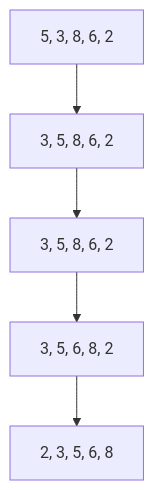
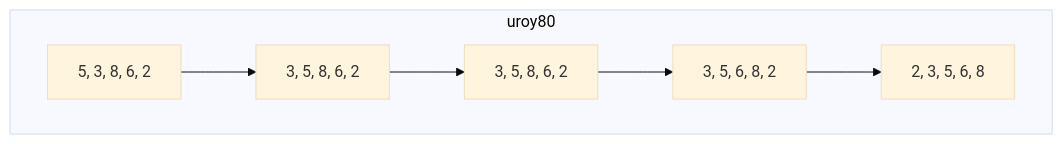
The first of 2 diagrams in README.md (uroy80/DAA), drawn with Mermaid before and after one commit. The commit also changed other lines of this file, not shown here.

````diff
--- a/README.md
+++ b/README.md
@@ -109,7 +109,10 @@
 ```mermaid
+%%{init: {"theme": "base", "themeVariables": {"background": "#f4f4f4", "fontFamily": "Arial", "fontSize": "16px"}}}%%
 graph TD;
+    subgraph uroy80
     A[5, 3, 8, 6, 2] --> B[3, 5, 8, 6, 2];
     B --> C[3, 5, 8, 6, 2];
     C --> D[3, 5, 6, 8, 2];
     D --> E[2, 3, 5, 6, 8];
+    end
 ```
````
